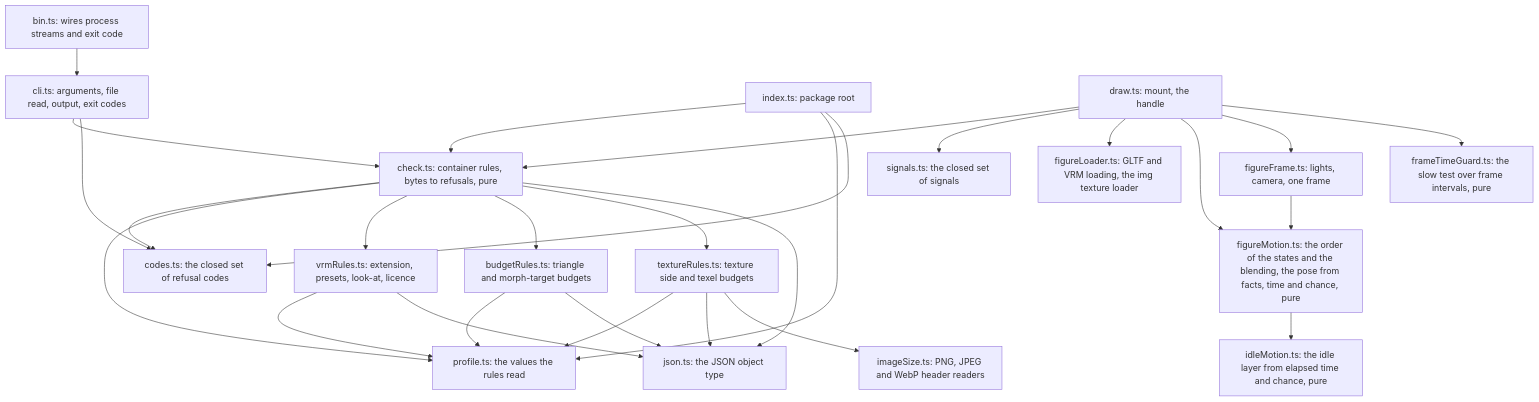
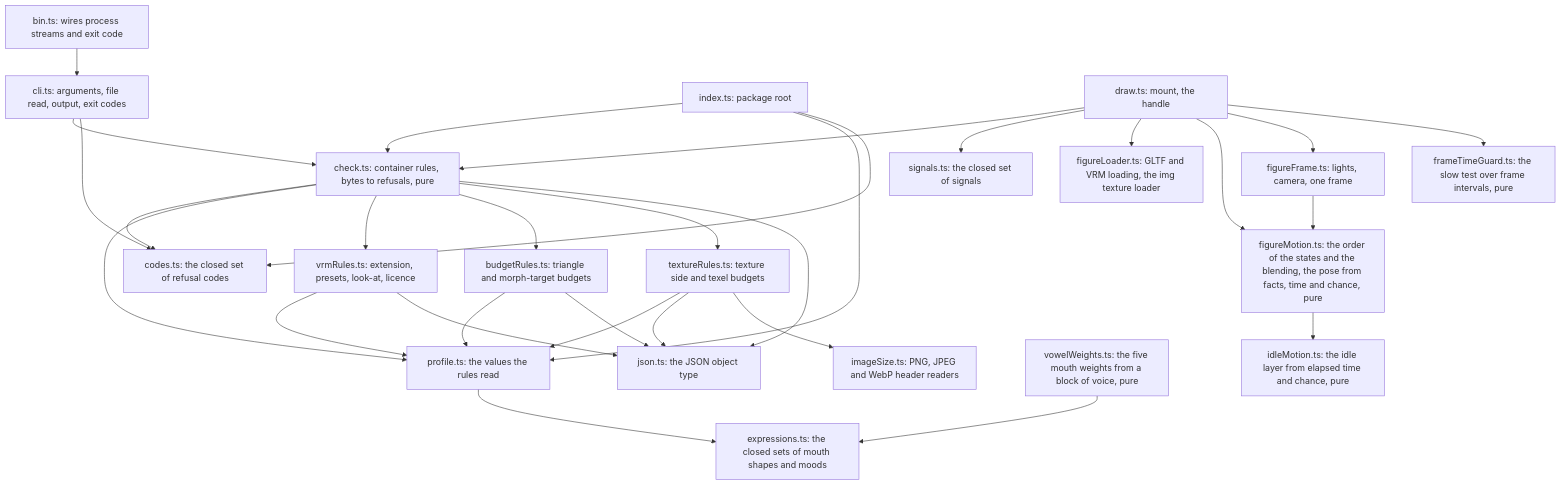
One commit to overnightworks/figure changed the second of 4 diagrams in docs/ARCHITECTURE.md. Above: the diagram before and after it, drawn with Mermaid. The commit also changed other lines of this file and 6 other files, not shown here.

First line of the commit message:
Five vowel weights come from a voice's samples (slice 14 of #2) (#53)

````diff
--- a/docs/ARCHITECTURE.md
+++ b/docs/ARCHITECTURE.md
@@ -22,40 +22,42 @@
 ```mermaid
 flowchart TD
     bin["bin.ts: wires process streams and exit code"] --> cli
     cli["cli.ts: arguments, file read, output, exit codes"] --> check
     cli --> codes
     check["check.ts: container rules, bytes to refusals, pure"] --> codes
     check --> profile
     check --> vrmRules
     check --> budgetRules
     check --> textureRules
     textureRules["textureRules.ts: texture side and texel budgets"] --> profile
     textureRules --> json
     textureRules --> imageSize
     imageSize["imageSize.ts: PNG, JPEG and WebP header readers"]
     vrmRules["vrmRules.ts: extension, presets, look-at, licence"] --> profile
     budgetRules["budgetRules.ts: triangle and morph-target budgets"] --> profile
     vrmRules --> json
     budgetRules --> json
     check --> json
     json["json.ts: the JSON object type"]
-    profile["profile.ts: the values the rules read"]
+    profile["profile.ts: the values the rules read"] --> expressions
+    expressions["expressions.ts: the closed sets of mouth shapes and moods"]
+    vowelWeights["vowelWeights.ts: the five mouth weights from a block of voice, pure"] --> expressions
     codes["codes.ts: the closed set of refusal codes"]
     index["index.ts: package root"] --> check
     index --> profile
     index --> codes
     draw["draw.ts: mount, the handle"] --> check
     draw --> signals
     draw --> figureLoader
     draw --> figureMotion
     draw --> figureFrame
     draw --> frameTimeGuard
     figureLoader["figureLoader.ts: GLTF and VRM loading, the img texture loader"]
     figureMotion["figureMotion.ts: the order of the states and the blending, the pose from facts, time and chance, pure"]
     figureMotion --> idleMotion
     idleMotion["idleMotion.ts: the idle layer from elapsed time and chance, pure"]
     figureFrame["figureFrame.ts: lights, camera, one frame"]
     figureFrame --> figureMotion
     signals["signals.ts: the closed set of signals"]
     frameTimeGuard["frameTimeGuard.ts: the slow test over frame intervals, pure"]
 ```
````
